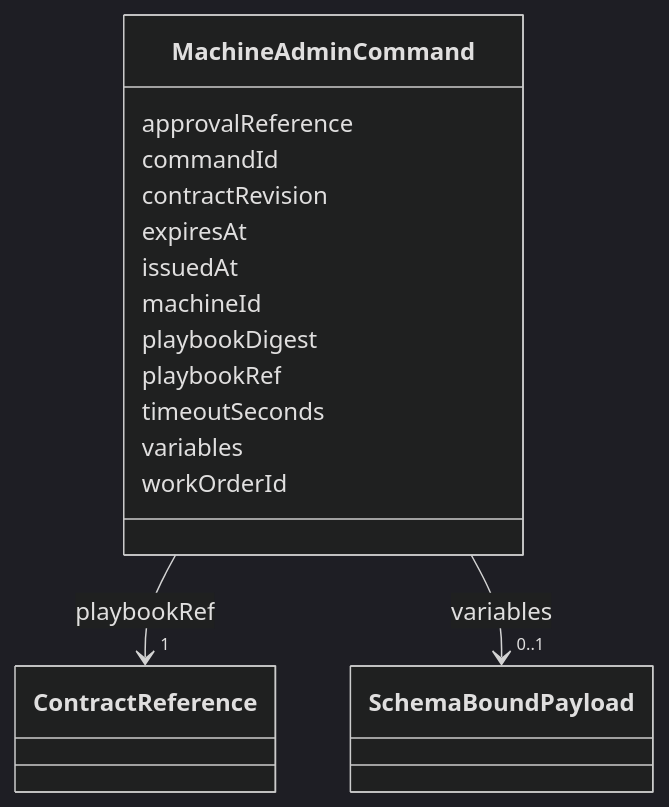
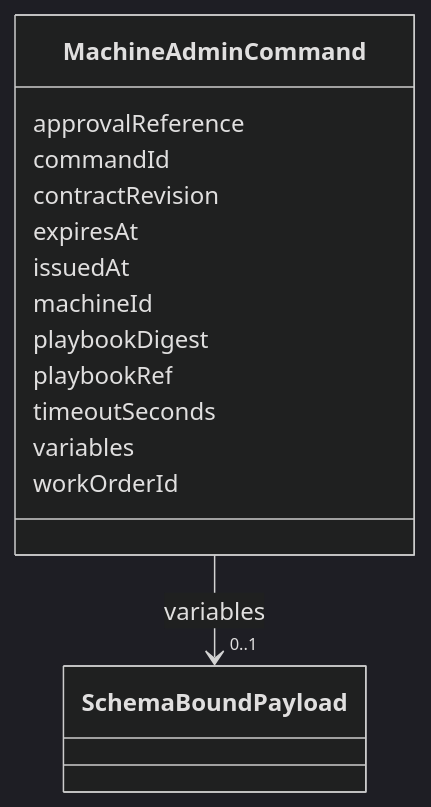
Before and after one commit to open4good/jumo-core: the diagram in metamodel/generated/docs/MachineAdminCommand.md, drawn with Mermaid (dark theme). The commit also changed other lines of this file and 11 other files, not shown here.

First line of the commit message:
fix(execution): revert MachineAdminCommand.playbookRef -- not a contract reference

````diff
--- a/metamodel/generated/docs/MachineAdminCommand.md
+++ b/metamodel/generated/docs/MachineAdminCommand.md
@@ -23,46 +23,37 @@
 ```mermaid
  classDiagram
     class MachineAdminCommand
     click MachineAdminCommand href "../MachineAdminCommand/"
       MachineAdminCommand : approvalReference
 
       MachineAdminCommand : commandId
 
       MachineAdminCommand : contractRevision
 
       MachineAdminCommand : expiresAt
 
       MachineAdminCommand : issuedAt
 
       MachineAdminCommand : machineId
 
       MachineAdminCommand : playbookDigest
 
       MachineAdminCommand : playbookRef
 
-
-
-
-
-        MachineAdminCommand --> "1" ContractReference : playbookRef
-        click ContractReference href "../ContractReference/"
-
-
-
       MachineAdminCommand : timeoutSeconds
 
       MachineAdminCommand : variables
 
 
 
 
 
         MachineAdminCommand --> "0..1" SchemaBoundPayload : variables
         click SchemaBoundPayload href "../SchemaBoundPayload/"
 
 
 
       MachineAdminCommand : workOrderId
 
 
 ```
````
